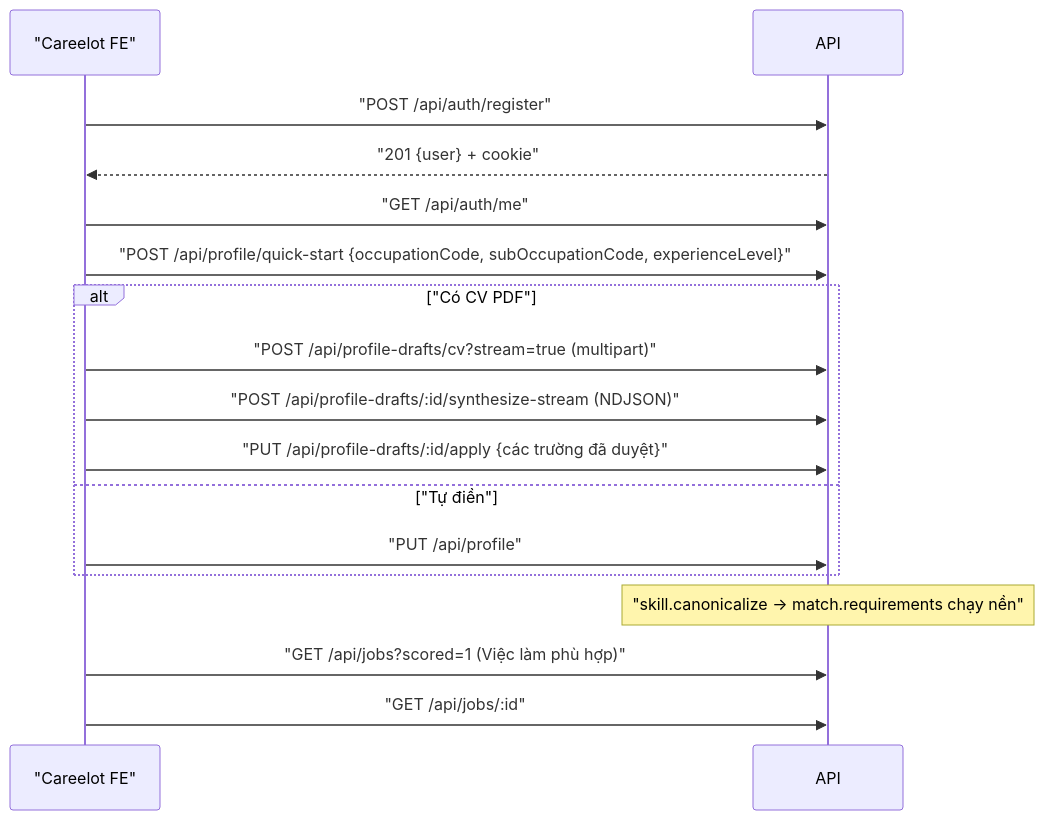
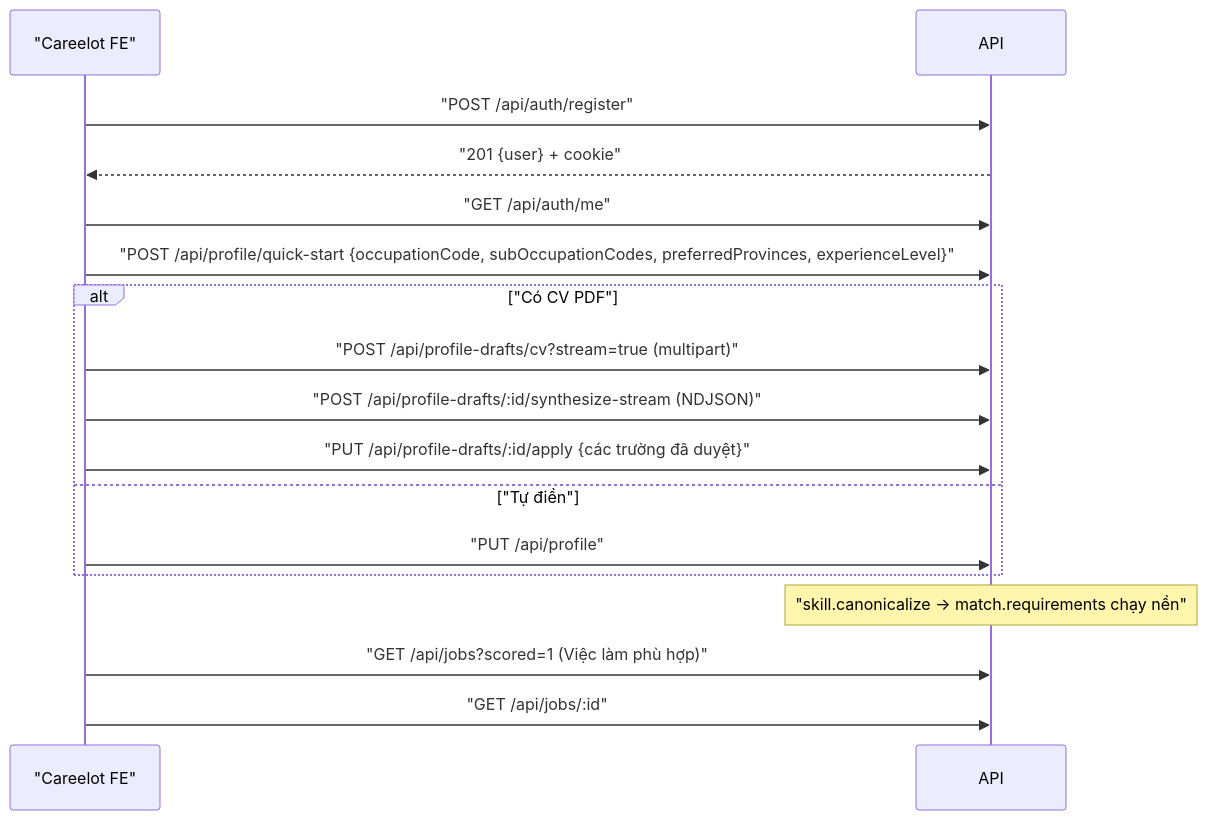
The diagram in docs/business-flows/06-api-overview.md (BuiThienHoang221204/ai-job-search), drawn with Mermaid before and after one commit. The commit also changed 23 other files, not shown here.

````diff
--- a/docs/business-flows/06-api-overview.md
+++ b/docs/business-flows/06-api-overview.md
@@ -170,19 +170,19 @@
 ```mermaid
 sequenceDiagram
   participant FE as "Careelot FE"
   participant API
   FE->>API: "POST /api/auth/register"
   API-->>FE: "201 {user} + cookie"
   FE->>API: "GET /api/auth/me"
-  FE->>API: "POST /api/profile/quick-start {occupationCode, subOccupationCode, experienceLevel}"
+  FE->>API: "POST /api/profile/quick-start {occupationCode, subOccupationCodes, preferredProvinces, experienceLevel}"
   alt "Có CV PDF"
     FE->>API: "POST /api/profile-drafts/cv?stream=true (multipart)"
     FE->>API: "POST /api/profile-drafts/:id/synthesize-stream (NDJSON)"
     FE->>API: "PUT /api/profile-drafts/:id/apply {các trường đã duyệt}"
   else "Tự điền"
     FE->>API: "PUT /api/profile"
   end
   Note over API: "skill.canonicalize → match.requirements chạy nền"
   FE->>API: "GET /api/jobs?scored=1  (Việc làm phù hợp)"
   FE->>API: "GET /api/jobs/:id"
 ```
````
